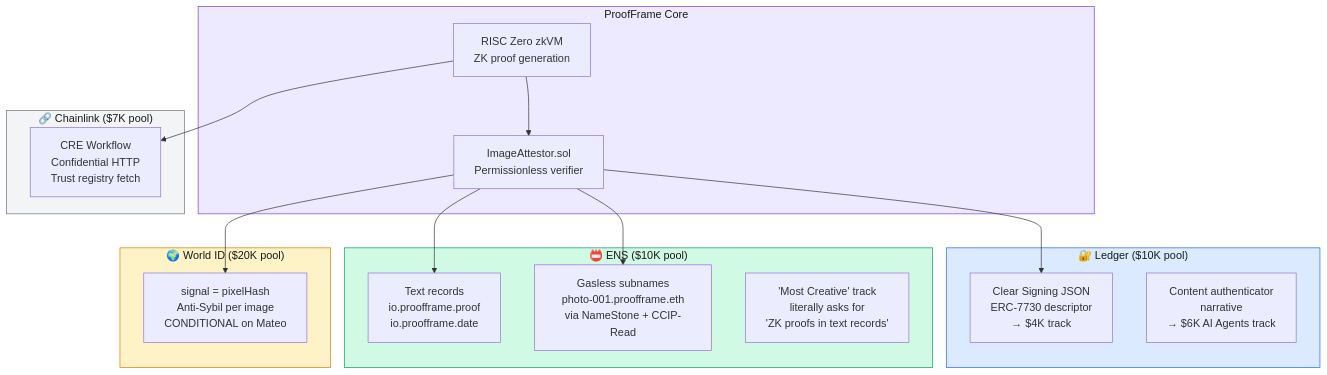
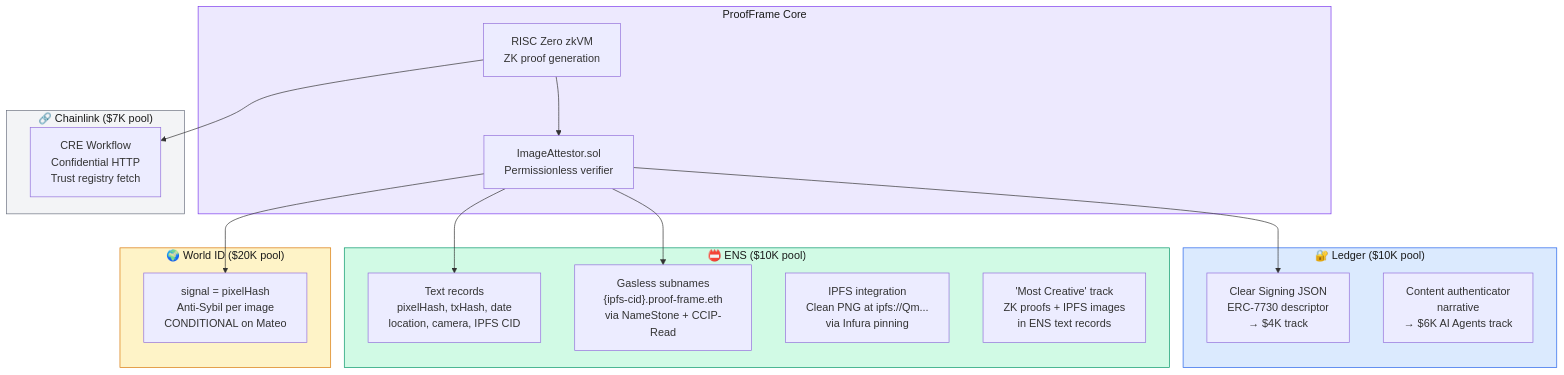
The eighth of 13 diagrams in docs/DIAGRAMS.md (pycckuu/proof-frame), drawn with Mermaid before and after one commit. The commit also changed other lines of this file and 7 other files, not shown here.

First line of the commit message:
feat(ens): integrate NameStone subnames and IPFS image upload

````diff
--- a/docs/DIAGRAMS.md
+++ b/docs/DIAGRAMS.md
@@ -312,39 +316,40 @@
 ```mermaid
 graph TB
     subgraph CORE["ProofFrame Core"]
         ZK["RISC Zero zkVM<br/>ZK proof generation"]
         CONTRACT["ImageAttestor.sol<br/>Permissionless verifier"]
     end
 
     subgraph LEDGER["🔐 Ledger ($10K pool)"]
         LED_CS["Clear Signing JSON<br/>ERC-7730 descriptor<br/>→ $4K track"]
         LED_AI["Content authenticator<br/>narrative<br/>→ $6K AI Agents track"]
     end
 
     subgraph ENS_S["📛 ENS ($10K pool)"]
-        ENS_TR["Text records<br/>io.proofframe.proof<br/>io.proofframe.date"]
-        ENS_SUB["Gasless subnames<br/>photo-001.proofframe.eth<br/>via NameStone + CCIP-Read"]
-        ENS_NOTE["'Most Creative' track<br/>literally asks for<br/>'ZK proofs in text records'"]
+        ENS_TR["Text records<br/>pixelHash, txHash, date<br/>location, camera, IPFS CID"]
+        ENS_SUB["Gasless subnames<br/>{ipfs-cid}.proof-frame.eth<br/>via NameStone + CCIP-Read"]
+        ENS_IPFS["IPFS integration<br/>Clean PNG at ipfs://Qm...<br/>via Infura pinning"]
+        ENS_NOTE["'Most Creative' track<br/>ZK proofs + IPFS images<br/>in ENS text records"]
     end
 
     subgraph CL["🔗 Chainlink ($7K pool)"]
         CRE["CRE Workflow<br/>Confidential HTTP<br/>Trust registry fetch"]
     end
 
     subgraph WID["🌍 World ID ($20K pool)"]
         WID_P["signal = pixelHash<br/>Anti-Sybil per image<br/>CONDITIONAL on Mateo"]
     end
 
     ZK --> CONTRACT
     CONTRACT --> LED_CS
     CONTRACT --> ENS_TR
     CONTRACT --> ENS_SUB
     ZK --> CRE
     CONTRACT --> WID_P
 
     style CORE fill:#ede9fe,stroke:#7c3aed,color:#1a1a1a
     style LEDGER fill:#dbeafe,stroke:#2563eb,color:#1a1a1a
     style ENS_S fill:#d1fae5,stroke:#059669,color:#1a1a1a
     style CL fill:#f3f4f6,stroke:#6b7280,color:#1a1a1a
     style WID fill:#fef3c7,stroke:#d97706,color:#1a1a1a
 ```
````
